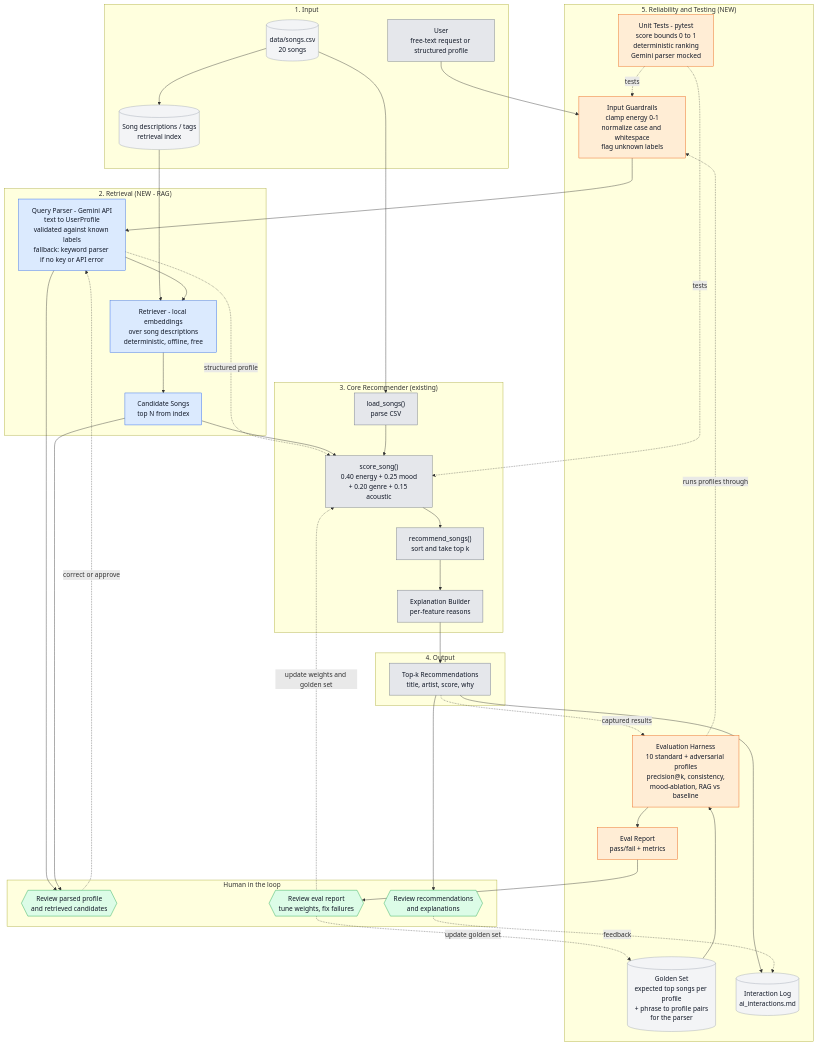
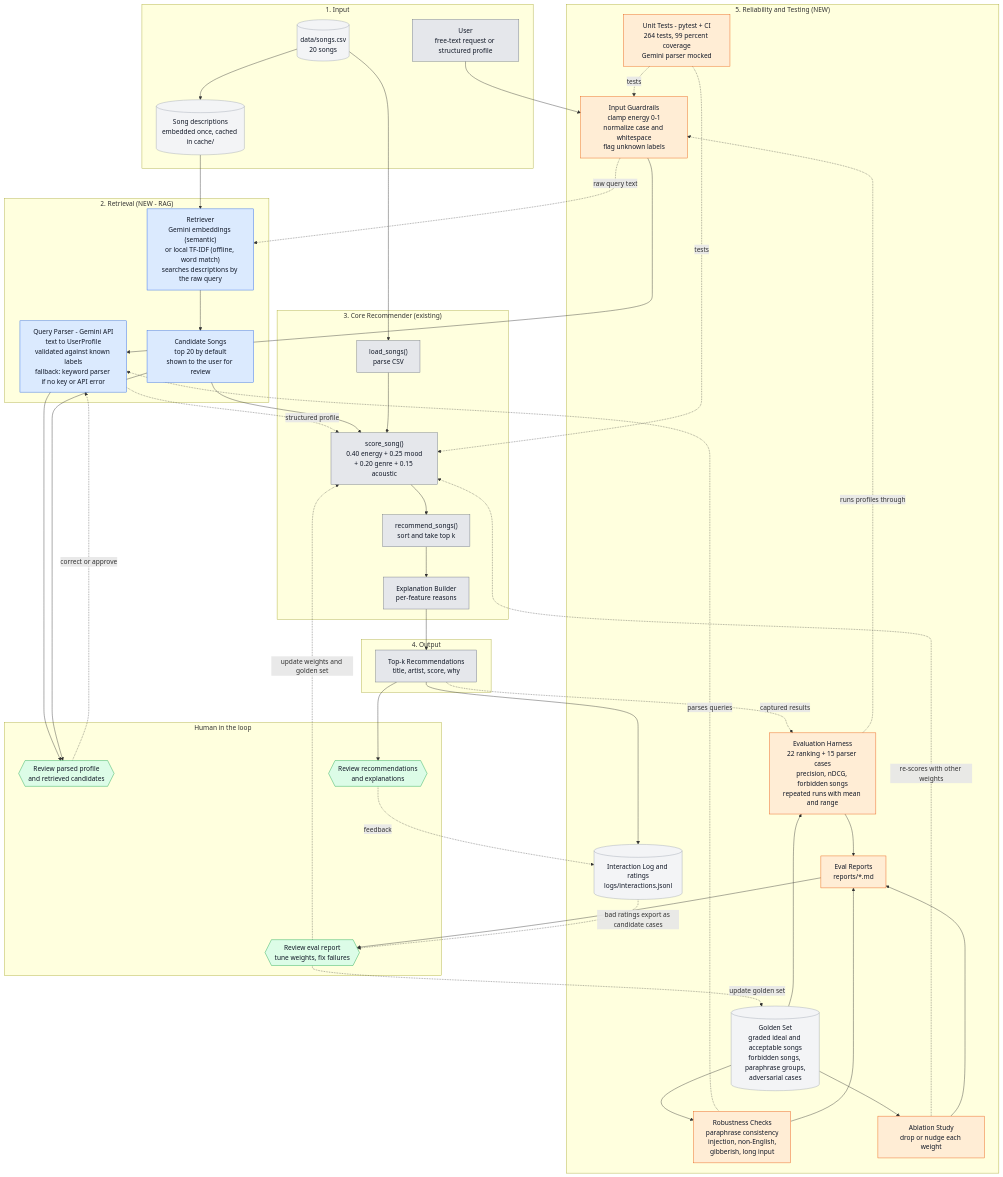
The diagram in diagrams/architecture.md (SLyubar/applied-ai-system-project), drawn with Mermaid before and after one commit. The commit also changed other lines of this file and 40 other files, not shown here.

````diff
--- a/diagrams/architecture.md
+++ b/diagrams/architecture.md
@@ -8,14 +8,14 @@
     subgraph INPUT["1. Input"]
         U["User<br/>free-text request or structured profile"]
         CSV[("data/songs.csv<br/>20 songs")]
-        KB[("Song descriptions / tags<br/>retrieval index")]
+        KB[("Song descriptions<br/>embedded once, cached in cache/")]
     end
 
     %% ---------- RAG ----------
     subgraph RAG["2. Retrieval (NEW - RAG)"]
         QP["Query Parser - Gemini API<br/>text to UserProfile<br/>validated against known labels<br/>fallback: keyword parser if no key or API error"]
-        RET["Retriever - local embeddings<br/>over song descriptions<br/>deterministic, offline, free"]
-        CAND["Candidate Songs<br/>top N from index"]
+        RET["Retriever<br/>Gemini embeddings (semantic)<br/>or local TF-IDF (offline, word match)<br/>searches descriptions by the raw query"]
+        CAND["Candidate Songs<br/>top 20 by default<br/>shown to the user for review"]
     end
 
     %% ---------- CORE ----------
@@ -34,11 +34,13 @@
     %% ---------- RELIABILITY ----------
     subgraph REL["5. Reliability and Testing (NEW)"]
         GUARD["Input Guardrails<br/>clamp energy 0-1<br/>normalize case and whitespace<br/>flag unknown labels"]
-        UNIT["Unit Tests - pytest<br/>score bounds 0 to 1<br/>deterministic ranking<br/>Gemini parser mocked"]
-        EVAL["Evaluation Harness<br/>10 standard + adversarial profiles<br/>precision@k, consistency,<br/>mood-ablation, RAG vs baseline"]
-        GOLD[("Golden Set<br/>expected top songs per profile<br/>+ phrase to profile pairs<br/>for the parser")]
-        REPORT["Eval Report<br/>pass/fail + metrics"]
-        LOG[("Interaction Log<br/>ai_interactions.md")]
+        UNIT["Unit Tests - pytest + CI<br/>264 tests, 99 percent coverage<br/>Gemini parser mocked"]
+        EVAL["Evaluation Harness<br/>22 ranking + 15 parser cases<br/>precision, nDCG, forbidden songs<br/>repeated runs with mean and range"]
+        ROB["Robustness Checks<br/>paraphrase consistency<br/>injection, non-English,<br/>gibberish, long input"]
+        ABL["Ablation Study<br/>drop or nudge each weight"]
+        GOLD[("Golden Set<br/>graded ideal and acceptable songs<br/>forbidden songs, paraphrase groups,<br/>adversarial cases")]
+        REPORT["Eval Reports<br/>reports/*.md"]
+        LOG[("Interaction Log and ratings<br/>logs/interactions.jsonl")]
     end
 
     %% ---------- HUMAN ----------
@@ -54,7 +56,7 @@
     CSV --> LOAD
     CSV --> KB
     KB --> RET
-    QP --> RET
+    GUARD -. "raw query text" .-> RET
     RET --> CAND
     QP -. "structured profile" .-> SCORE
     CAND --> SCORE
@@ -70,6 +72,12 @@
     EVAL -. "runs profiles through" .-> GUARD
     OUT -. "captured results" .-> EVAL
     EVAL --> REPORT
+    GOLD --> ROB
+    ROB -. "parses queries" .-> QP
+    ROB --> REPORT
+    GOLD --> ABL
+    ABL -. "re-scores with other weights" .-> SCORE
+    ABL --> REPORT
     OUT --> LOG
 
     %% ---------- HUMAN CHECKPOINTS ----------
@@ -81,6 +89,7 @@
     REPORT --> H3
     H3 -. "update weights and golden set" .-> SCORE
     H3 -. "update golden set" .-> GOLD
+    LOG -. "bad ratings export as candidate cases" .-> H3
 
     %% ---------- STYLES ----------
     classDef existing fill:#e5e7eb,stroke:#6b7280,color:#111827
@@ -91,7 +100,7 @@
 
     class LOAD,SCORE,RANK,EXPL,OUT,U existing
     class QP,RET,CAND rag
-    class GUARD,UNIT,EVAL,REPORT rel
+    class GUARD,UNIT,EVAL,ROB,ABL,REPORT rel
     class H1,H2,H3 human
     class CSV,KB,GOLD,LOG data
 ```
````
